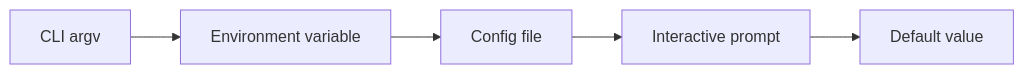
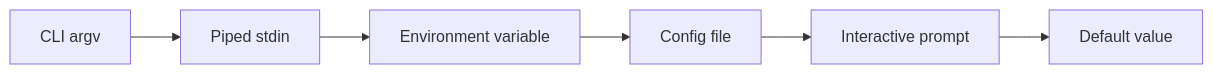
One commit to kjanat/dreamcli changed the diagram in docs/guide/flags.md. Above: the diagram before and after it, drawn with Mermaid. The commit also changed other lines of this file and 64 other files, not shown here.

````diff
--- a/docs/guide/flags.md
+++ b/docs/guide/flags.md
@@ -540,7 +547,8 @@
 ```mermaid
 flowchart LR
-    A[CLI argv] --> B[Environment variable]
+    A[CLI argv] --> S[Piped stdin]
+    S --> B[Environment variable]
     B --> C[Config file]
     C --> D[Interactive prompt]
     D --> E[Default value]
 ```
````
